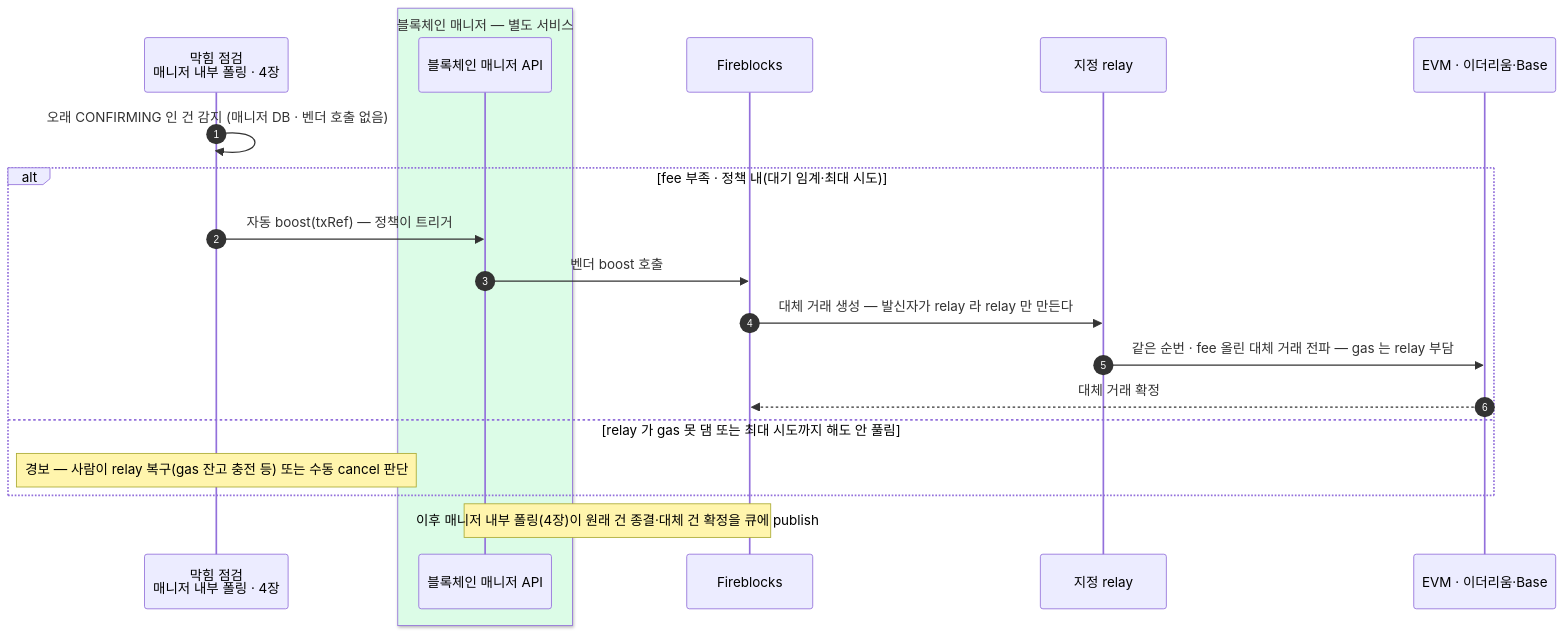
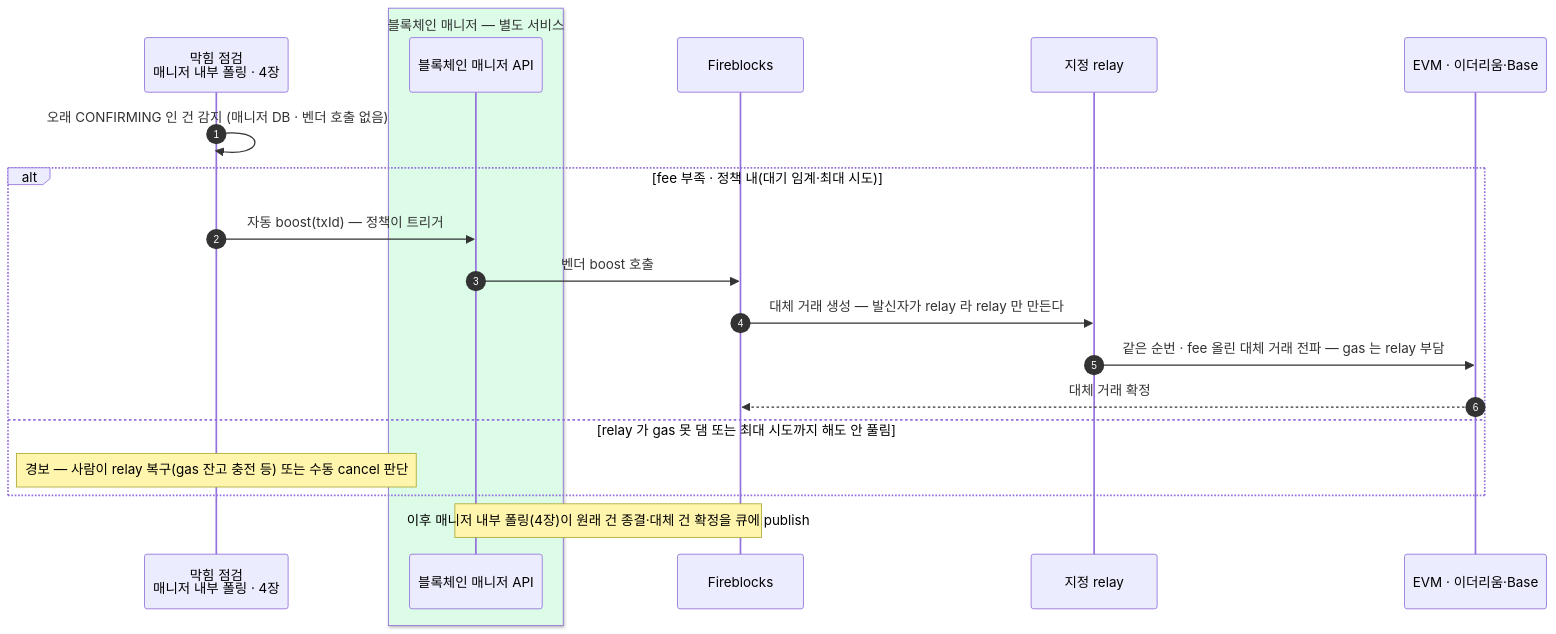
Before and after one commit to eunsujeo/eunpus: the second of 2 diagrams in blockchain-manager/docs/블록체인매니저/설계/06-withdrawal.md, drawn with Mermaid. The commit also changed other lines of this file and 8 other files, not shown here.

````diff
--- a/blockchain-manager/docs/블록체인매니저/설계/06-withdrawal.md
+++ b/blockchain-manager/docs/블록체인매니저/설계/06-withdrawal.md
@@ -133,23 +133,23 @@
 ```mermaid
 sequenceDiagram
     autonumber
     participant SW as 막힘 점검<br/>매니저 내부 폴링 · 4장
     box rgb(220,252,231) 블록체인 매니저 — 별도 서비스
     participant BM as 블록체인 매니저 API
     end
     participant FB as Fireblocks
     participant RL as 지정 relay
     participant CH as EVM · 이더리움·Base
 
     SW->>SW: 오래 CONFIRMING 인 건 감지 (매니저 DB · 벤더 호출 없음)
     alt fee 부족 · 정책 내(대기 임계·최대 시도)
-        SW->>BM: 자동 boost(txRef) — 정책이 트리거
+        SW->>BM: 자동 boost(txId) — 정책이 트리거
         BM->>FB: 벤더 boost 호출
         FB->>RL: 대체 거래 생성 — 발신자가 relay 라 relay 만 만든다
         RL->>CH: 같은 순번 · fee 올린 대체 거래 전파 — gas 는 relay 부담
         CH-->>FB: 대체 거래 확정
     else relay 가 gas 못 댐 또는 최대 시도까지 해도 안 풀림
         Note over SW: 경보 — 사람이 relay 복구(gas 잔고 충전 등) 또는 수동 cancel 판단
     end
     Note over BM,FB: 이후 매니저 내부 폴링(4장)이 원래 건 종결·대체 건 확정을 큐에 publish
 ```
````
